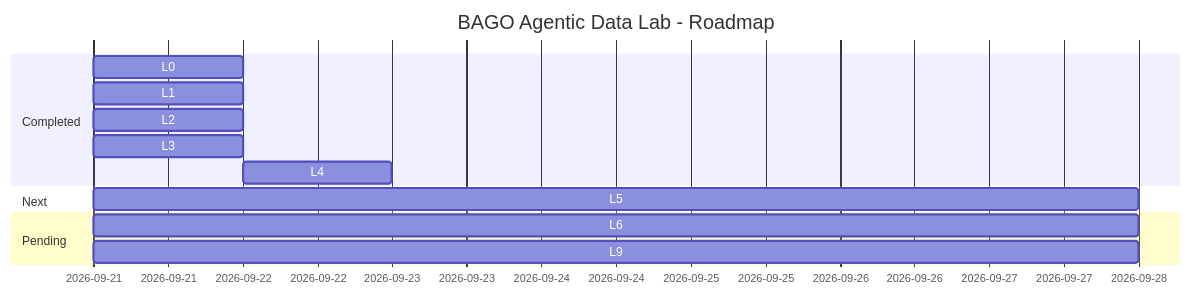
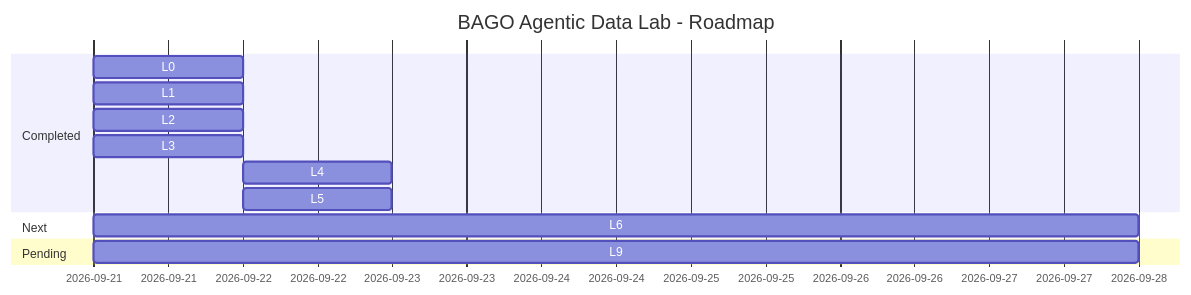
One commit to MarcValls/BAGO_AGENTIC_DATA_LAB changed the diagram in README.md. Above: the diagram before and after it, drawn with Mermaid. The commit also changed other lines of this file and 15 other files, not shown here.

````diff
--- a/README.md
+++ b/README.md
@@ -29,19 +29,19 @@
 ```mermaid
 gantt
     title BAGO Agentic Data Lab - Roadmap
     dateFormat  YYYY-MM-DD
     
     section Completed
     L0: Baseline           :done, 2026-09-21, 1d
     L1: LangGraph          :done, 2026-09-21, 1d
     L2: ETL Pipeline       :done, 2026-09-21, 1d
     L3: Metadata            :done, 2026-09-21, 1d
     L4: Governed RAG        :done, 2026-09-22, 1d
+    L5: MCP                :done, 2026-09-22, 1d
     
     section Next
-    L5: MCP                :active, after L4, 7d
+    L6: AWS Bedrock        :active, after L5, 7d
     
     section Pending
-    L6: AWS Bedrock        :crit, after L5, 7d
     L9: End-to-End Agent   :crit, after L8, 7d
 ```
````
